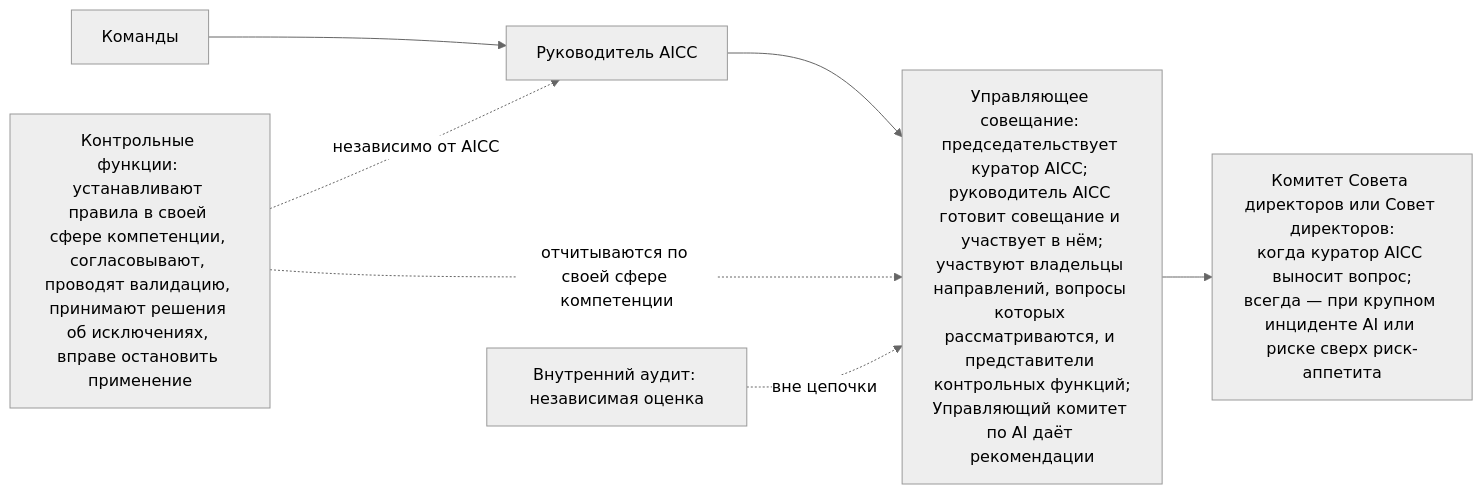
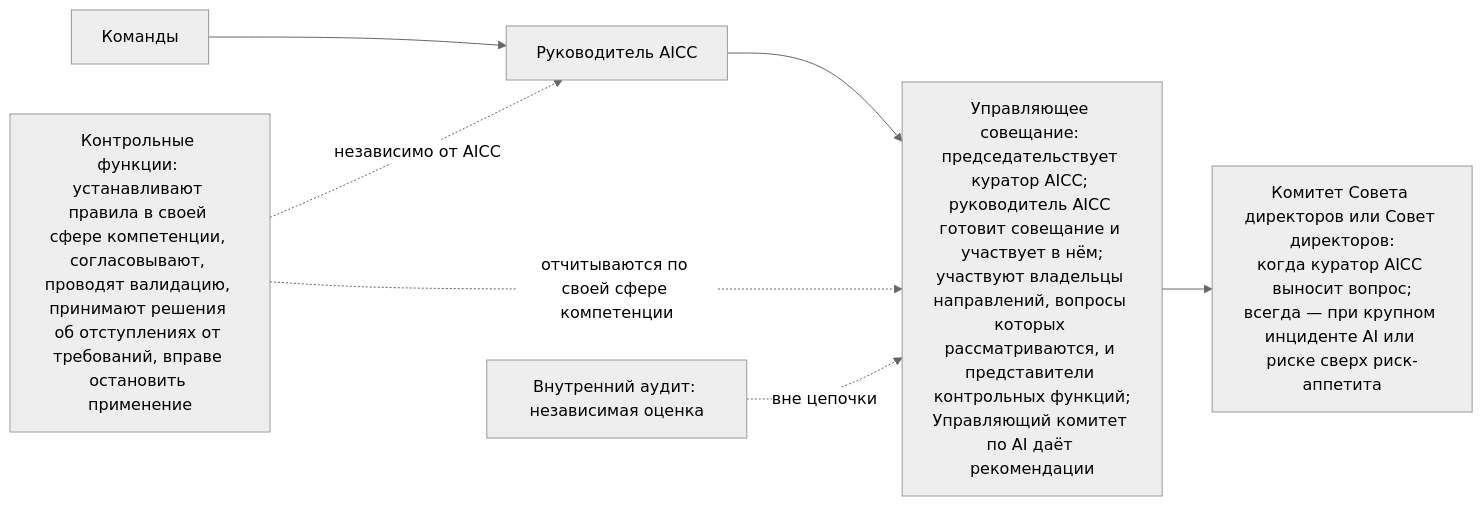
Before and after one commit to devhogu/ob-aicc: the fifth of 6 diagrams in charter/ru/workflows/unit-governance.md, drawn with Mermaid (neutral theme). The commit also changed other lines of this file and 112 other files, not shown here.

````diff
--- a/charter/ru/workflows/unit-governance.md
+++ b/charter/ru/workflows/unit-governance.md
@@ -156,7 +156,7 @@
 ```mermaid
 flowchart LR
   T["Команды"] --> L["Руководитель AICC"] --> S["Управляющее совещание: председательствует куратор AICC; руководитель AICC готовит совещание и участвует в нём;<br/>участвуют владельцы направлений, вопросы которых рассматриваются, и представители контрольных функций;<br/>Управляющий комитет по AI даёт рекомендации"] --> B["Комитет Совета директоров или Совет директоров:<br/>когда куратор AICC выносит вопрос;<br/>всегда — при крупном инциденте AI или риске сверх риск-аппетита"]
-  CF["Контрольные функции: устанавливают правила в своей сфере компетенции, согласовывают, проводят валидацию, принимают решения об исключениях, вправе остановить применение"] -.->|"независимо от AICC"| L
+  CF["Контрольные функции: устанавливают правила в своей сфере компетенции, согласовывают, проводят валидацию, принимают решения об отступлениях от требований, вправе остановить применение"] -.->|"независимо от AICC"| L
   CF -.->|"отчитываются по своей сфере компетенции"| S
   IA["Внутренний аудит: независимая оценка"] -.->|"вне цепочки"| S
 ```
````
